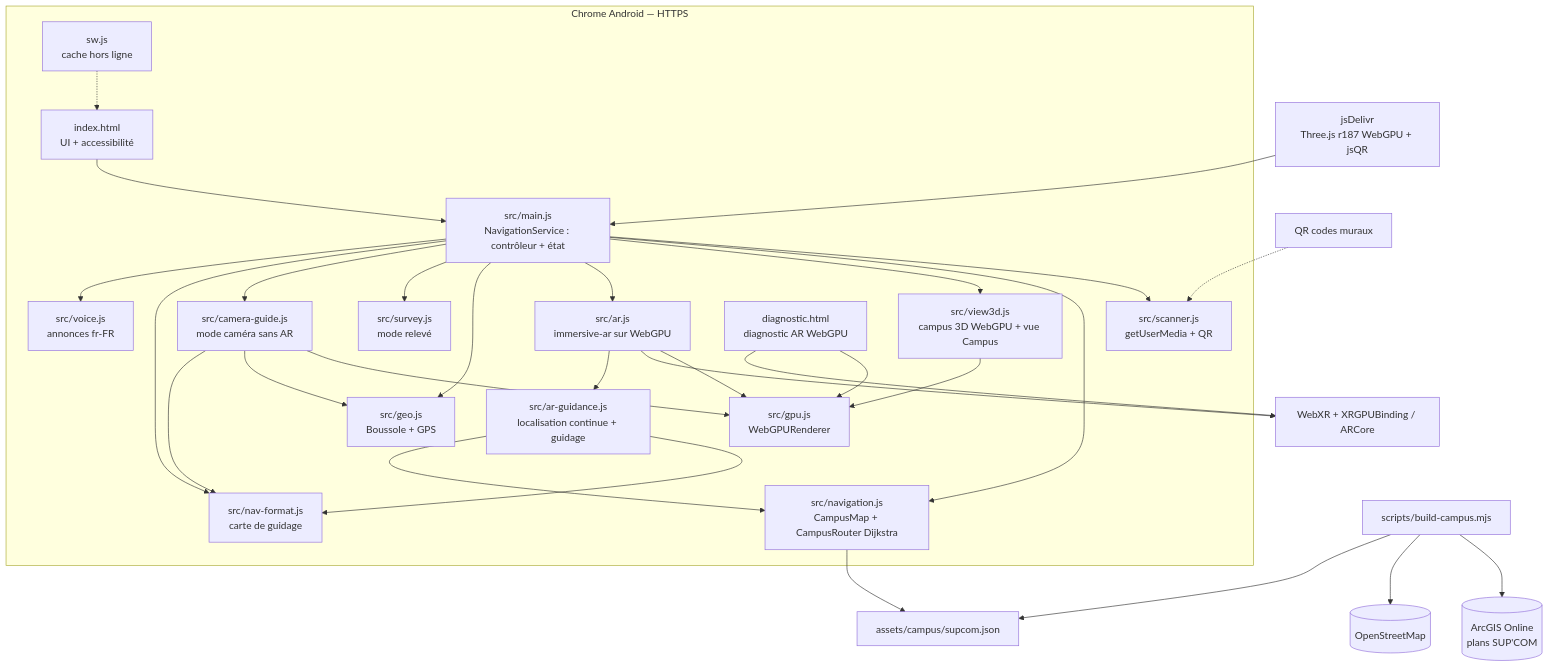
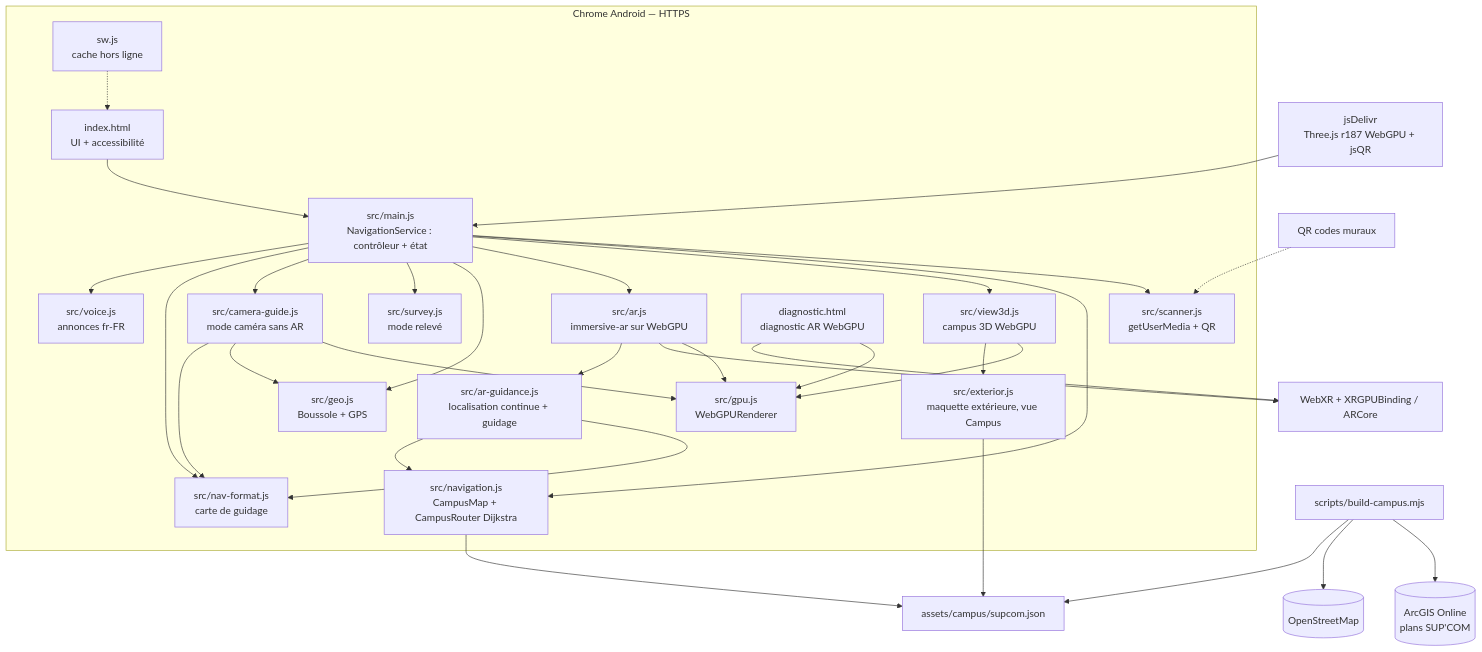
The second of 5 diagrams in docs/design-notebook.md (yessinomhiri-cpu/indoor-wayfinder), drawn with Mermaid before and after one commit. The commit also changed other lines of this file and 17 other files, not shown here.

First line of the commit message:
feat: real SUP'COM exterior in the Campus view (v3.7.0)

````diff
--- a/docs/design-notebook.md
+++ b/docs/design-notebook.md
@@ -51,56 +51,59 @@
 ```mermaid
 flowchart TB
     subgraph Browser["Chrome Android — HTTPS"]
         UI[index.html<br/>UI + accessibilité]
         MAIN[src/main.js<br/>NavigationService : contrôleur + état]
         SCAN[src/scanner.js<br/>getUserMedia + QR]
         NAV[src/navigation.js<br/>CampusMap + CampusRouter Dijkstra]
-        VIEW[src/view3d.js<br/>campus 3D WebGPU + vue Campus]
+        VIEW[src/view3d.js<br/>campus 3D WebGPU]
+        EXT[src/exterior.js<br/>maquette extérieure, vue Campus]
         AR[src/ar.js<br/>immersive-ar sur WebGPU]
         GUIDE[src/ar-guidance.js<br/>localisation continue + guidage]
         GPU[src/gpu.js<br/>WebGPURenderer]
         GEO[src/geo.js<br/>Boussole + GPS]
         SURVEY[src/survey.js<br/>mode relevé]
         CAM[src/camera-guide.js<br/>mode caméra sans AR]
         CARD[src/nav-format.js<br/>carte de guidage]
         VOICE[src/voice.js<br/>annonces fr-FR]
         DIAG[diagnostic.html<br/>diagnostic AR WebGPU]
         SW[sw.js<br/>cache hors ligne]
     end
     CDN[jsDelivr<br/>Three.js r187 WebGPU + jsQR]
     DATA[assets/campus/supcom.json]
     BUILD[scripts/build-campus.mjs]
     ARCGIS[(ArcGIS Online<br/>plans SUP'COM)]
     OSM[(OpenStreetMap)]
     QR[QR codes muraux]
     XR[WebXR + XRGPUBinding / ARCore]
 
     QR -.-> SCAN
     UI --> MAIN
     MAIN --> SCAN
     MAIN --> NAV
     MAIN --> VIEW
     MAIN --> AR
     MAIN --> GEO
     MAIN --> SURVEY
     MAIN --> CAM
     MAIN --> CARD
     MAIN --> VOICE
     CAM --> GPU
     CAM --> GEO
     CAM --> CARD
     GUIDE --> CARD
     DIAG --> GPU
     DIAG --> XR
     VIEW --> GPU
+    VIEW --> EXT
+    EXT --> DATA
     AR --> GPU
     AR --> XR
     AR --> GUIDE
     GUIDE --> NAV
     NAV --> DATA
     BUILD --> ARCGIS
     BUILD --> OSM
     BUILD --> DATA
     CDN --> MAIN
     SW -.-> UI
 ```
````
